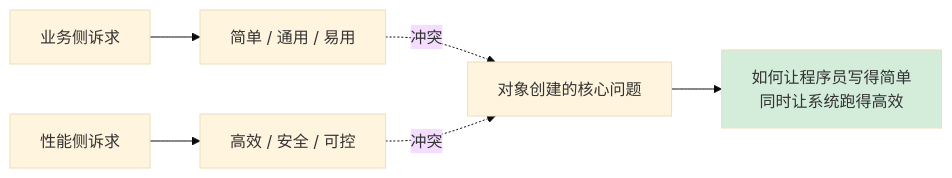
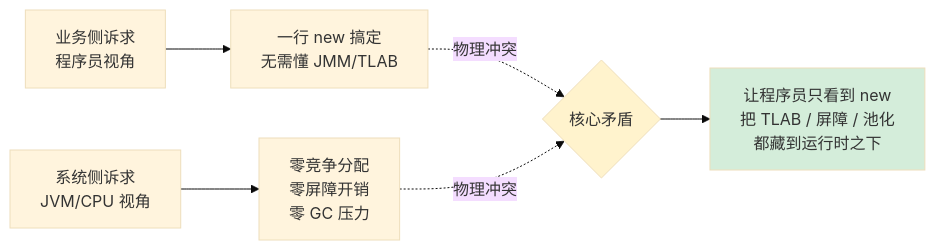
Before and after one commit to chongyang211/YCBookBlog: the second of 25 diagrams in 00.通用技术的提升/02.程序编程原理/08.对象创建流程原理.md, drawn with Mermaid (base theme). The commit also changed other lines of this file and 4 other files, not shown here.

````diff
--- a/00.通用技术的提升/02.程序编程原理/08.对象创建流程原理.md
+++ b/00.通用技术的提升/02.程序编程原理/08.对象创建流程原理.md
@@ -163,9 +247,10 @@
 ```mermaid
 flowchart LR
-    A[业务侧诉求] --> A1[简单 / 通用 / 易用]
-    B[性能侧诉求] --> B1[高效 / 安全 / 可控]
-    A1 -.冲突.-> C[对象创建的核心问题]
-    B1 -.冲突.-> C
-    C --> D[如何让程序员写得简单<br/>同时让系统跑得高效]
+    A[业务侧诉求<br/>程序员视角] --> A1[一行 new 搞定<br/>无需懂 JMM/TLAB]
+    B[系统侧诉求<br/>JVM/CPU 视角] --> B1[零竞争分配<br/>零屏障开销<br/>零 GC 压力]
+    A1 -.物理冲突.-> C{核心矛盾}
+    B1 -.物理冲突.-> C
+    C --> D[让程序员只看到 new<br/>把 TLAB / 屏障 / 池化<br/>都藏到运行时之下]
     style D fill:#d4edda
+    style C fill:#fff3cd
 ```
````
